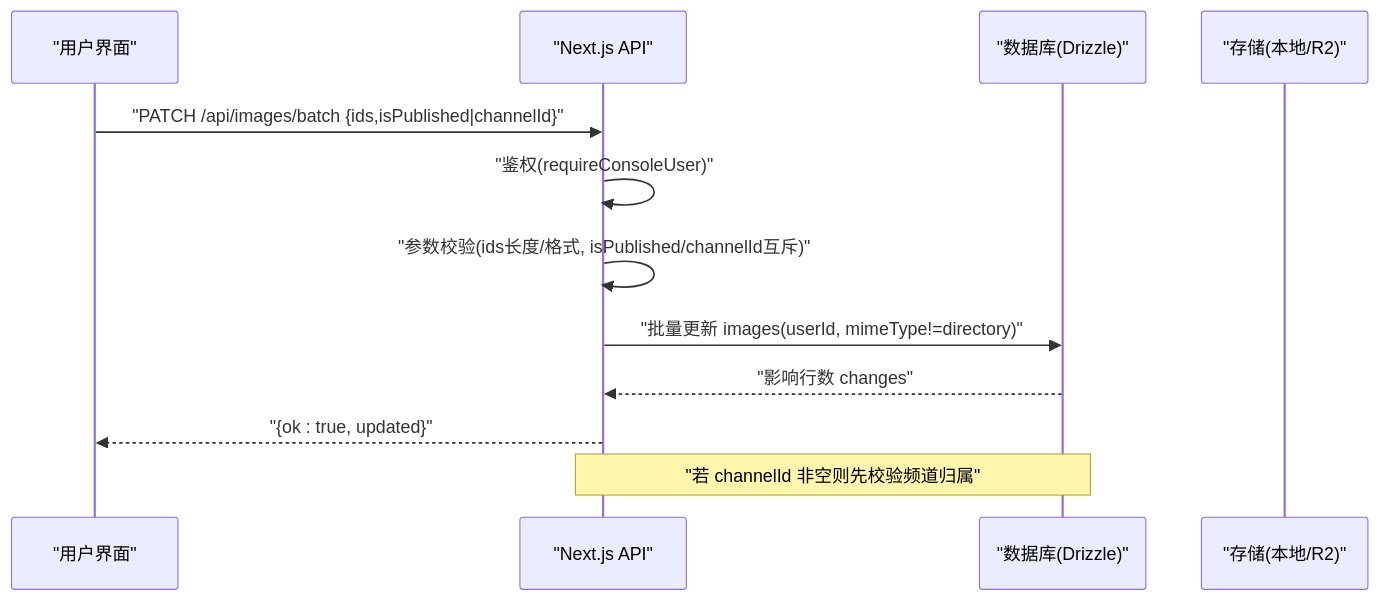
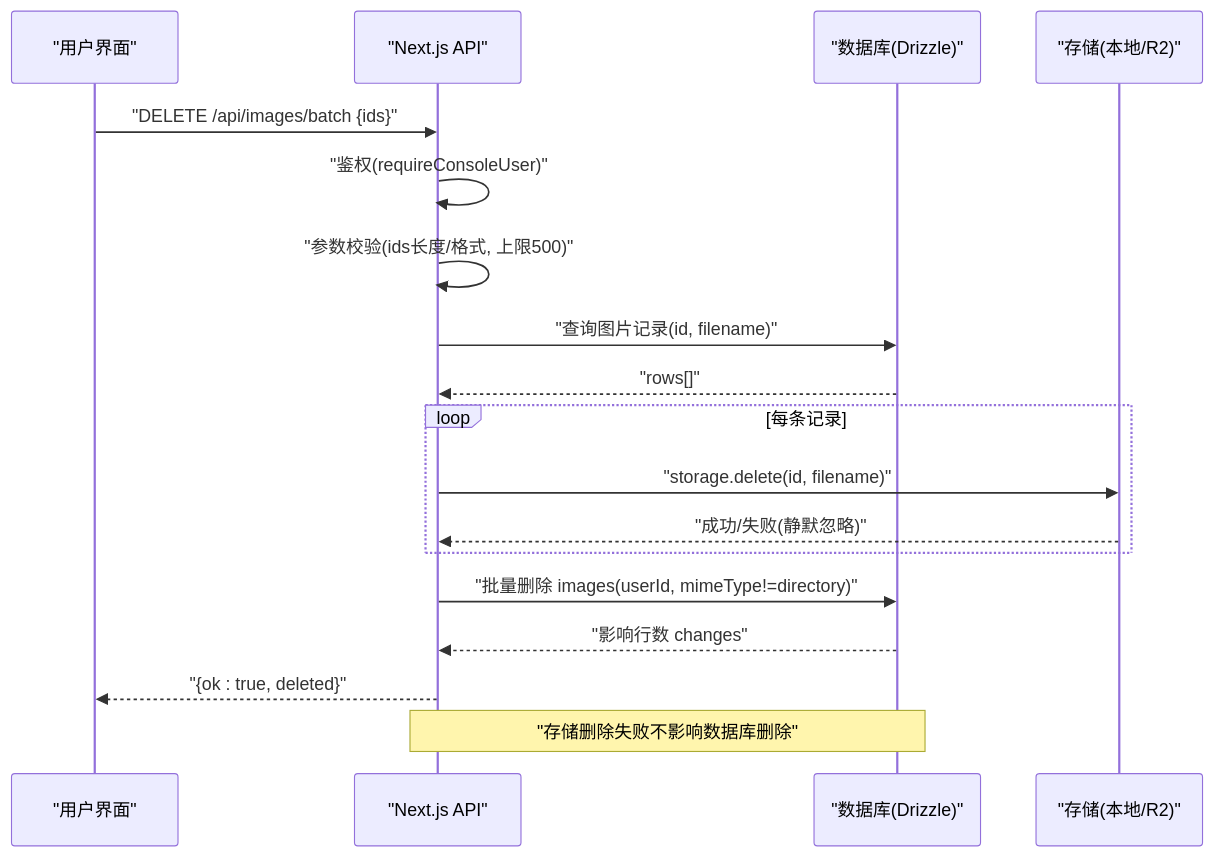
Before and after one commit to pnnh/weable: the second of 16 diagrams in .qoder/repowiki/zh/content/功能特性/图片管理/批量图片管理.md, drawn with Mermaid. The commit also changed other lines of this file and 133 other files, not shown here.

Commit message:
实现基于浏览器自带AI识别图片内容功能

````diff
--- a/.qoder/repowiki/zh/content/功能特性/图片管理/批量图片管理.md
+++ b/.qoder/repowiki/zh/content/功能特性/图片管理/批量图片管理.md
@@ -128,14 +140,20 @@
 ```mermaid
 sequenceDiagram
 participant U as "用户界面"
 participant API as "Next.js API"
 participant DB as "数据库(Drizzle)"
 participant ST as "存储(本地/R2)"
-U->>API : "PATCH /api/images/batch {ids,isPublished|channelId}"
+U->>API : "DELETE /api/images/batch {ids}"
 API->>API : "鉴权(requireConsoleUser)"
-API->>API : "参数校验(ids长度/格式, isPublished/channelId互斥)"
-API->>DB : "批量更新 images(userId, mimeType!=directory)"
+API->>API : "参数校验(ids长度/格式, 上限500)"
+API->>DB : "查询图片记录(id, filename)"
+DB-->>API : "rows[]"
+loop 每条记录
+API->>ST : "storage.delete(id, filename)"
+ST-->>API : "成功/失败(静默忽略)"
+end
+API->>DB : "批量删除 images(userId, mimeType!=directory)"
 DB-->>API : "影响行数 changes"
-API-->>U : "{ok : true, updated}"
-Note over API,DB : "若 channelId 非空则先校验频道归属"
+API-->>U : "{ok : true, deleted}"
+Note over API,DB : "存储删除失败不影响数据库删除"
 ```
````
